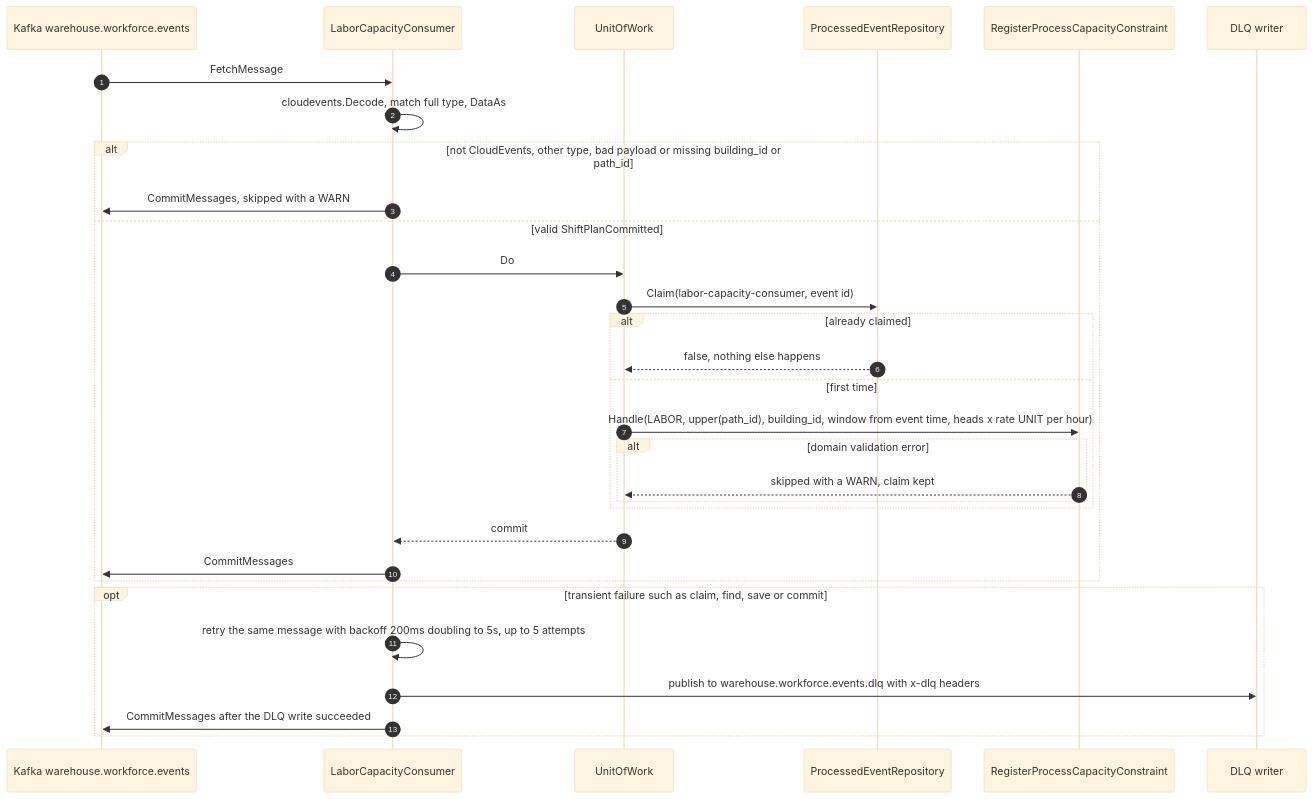
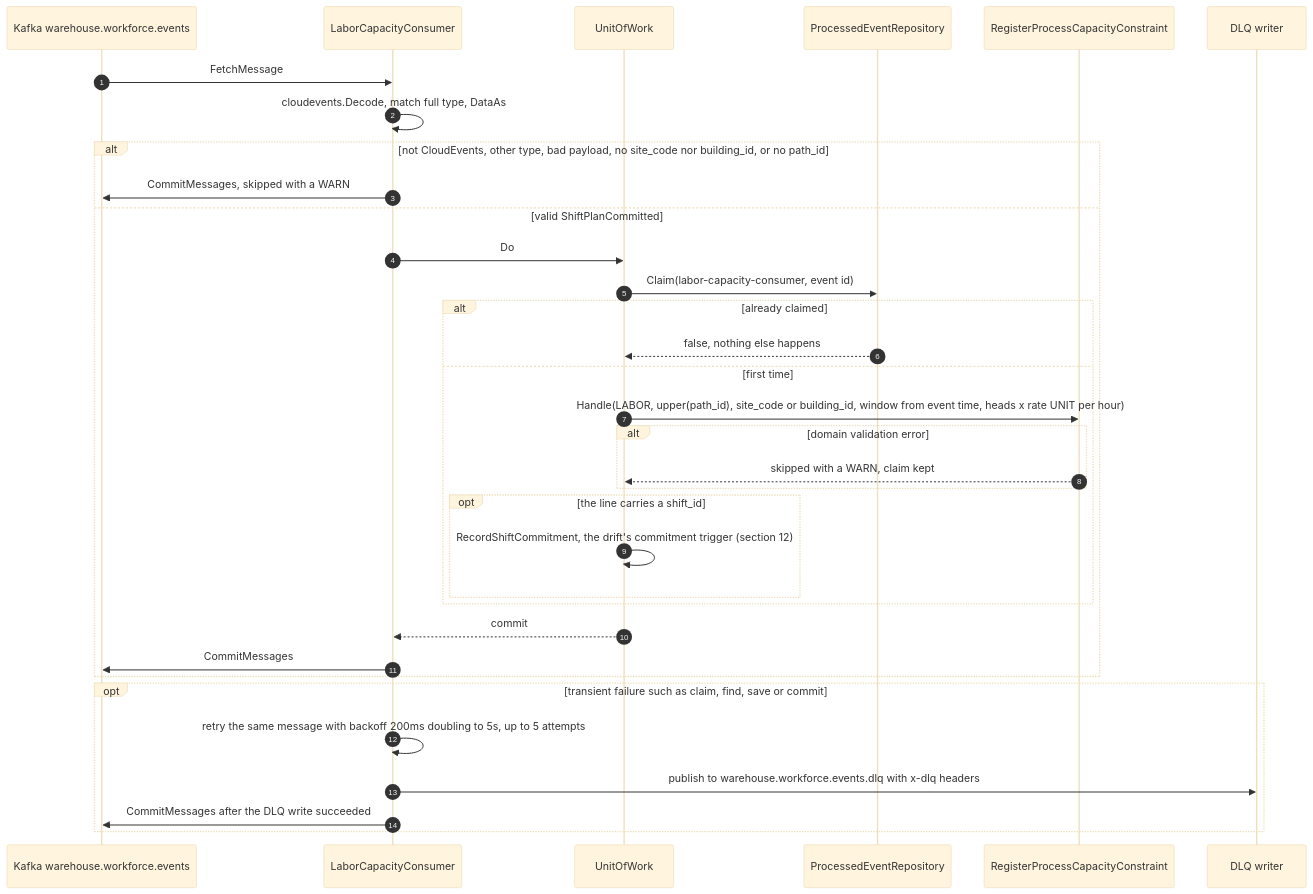
One commit to IQVO/warehouse-docs changed the second of 12 diagrams in docs/contexts/warehouse-planning/sequence-diagrams.md. Above: the diagram before and after it, drawn with Mermaid (base theme). The commit also changed other lines of this file and 81 other files, not shown here.

````diff
--- a/docs/contexts/warehouse-planning/sequence-diagrams.md
+++ b/docs/contexts/warehouse-planning/sequence-diagrams.md
@@ -64,33 +75,36 @@
 ```mermaid
 sequenceDiagram
   autonumber
   participant K as Kafka warehouse.workforce.events
   participant L as LaborCapacityConsumer
   participant U as UnitOfWork
   participant P as ProcessedEventRepository
   participant UC as RegisterProcessCapacityConstraint
   participant D as DLQ writer
   K->>L: FetchMessage
   L->>L: cloudevents.Decode, match full type, DataAs
-  alt not CloudEvents, other type, bad payload or missing building_id or path_id
+  alt not CloudEvents, other type, bad payload, no site_code nor building_id, or no path_id
     L->>K: CommitMessages, skipped with a WARN
   else valid ShiftPlanCommitted
     L->>U: Do
     U->>P: Claim(labor-capacity-consumer, event id)
     alt already claimed
       P-->>U: false, nothing else happens
     else first time
-      U->>UC: Handle(LABOR, upper(path_id), building_id, window from event time, heads x rate UNIT per hour)
+      U->>UC: Handle(LABOR, upper(path_id), site_code or building_id, window from event time, heads x rate UNIT per hour)
       alt domain validation error
         UC-->>U: skipped with a WARN, claim kept
+      end
+      opt the line carries a shift_id
+        U->>U: RecordShiftCommitment, the drift's commitment trigger (section 12)
       end
     end
     U-->>L: commit
     L->>K: CommitMessages
   end
   opt transient failure such as claim, find, save or commit
     L->>L: retry the same message with backoff 200ms doubling to 5s, up to 5 attempts
     L->>D: publish to warehouse.workforce.events.dlq with x-dlq headers
     L->>K: CommitMessages after the DLQ write succeeded
   end
 ```
````
